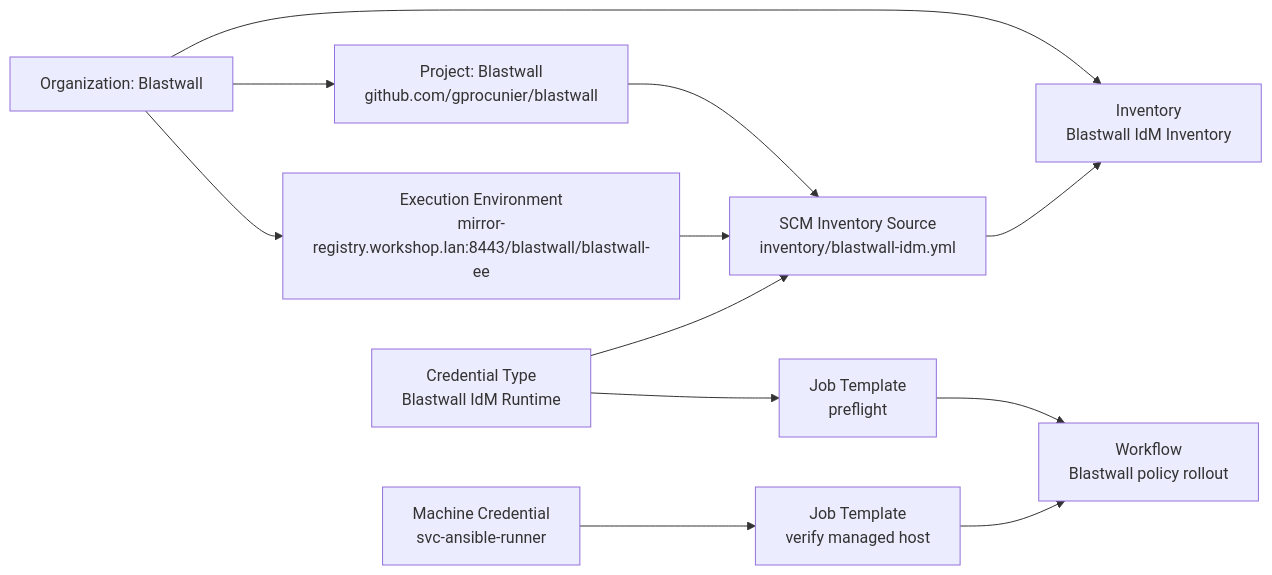
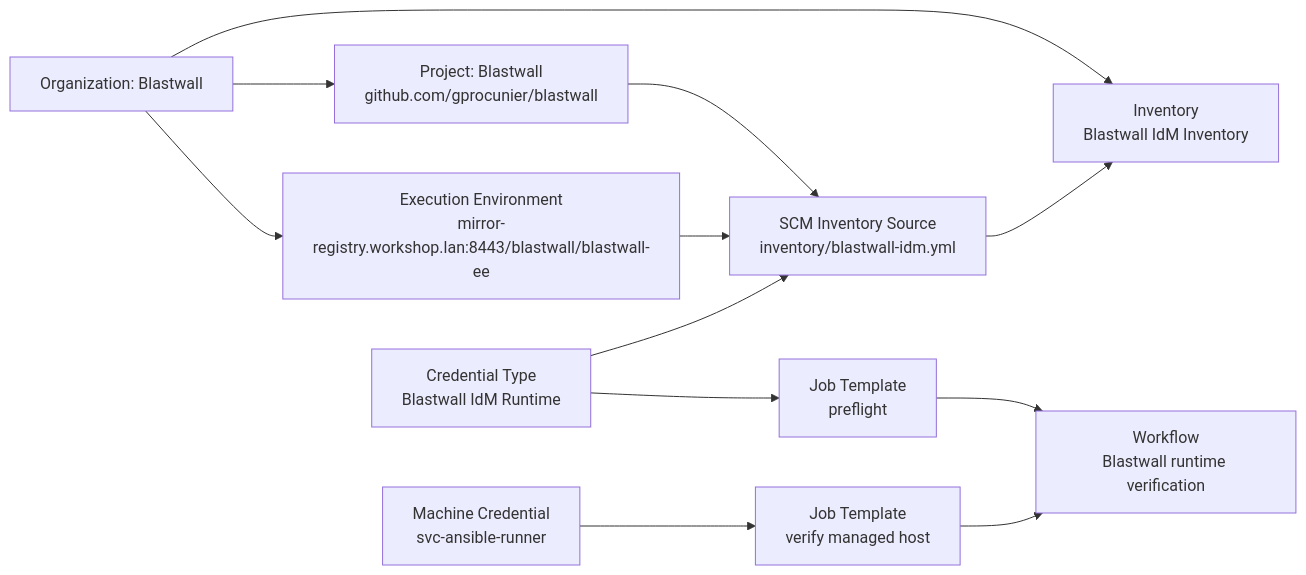
One commit to gprocunier/blastwall changed the diagram in docs/assets/diagrams/aap-object-flow.mmd. Above: the diagram before and after it, drawn with Mermaid. The commit also changed 72 other files, not shown here.

```diff
--- a/docs/assets/diagrams/aap-object-flow.mmd
+++ b/docs/assets/diagrams/aap-object-flow.mmd
@@ -1,23 +1,23 @@
 flowchart LR
   org["Organization: Blastwall"]
   project["Project: Blastwall<br/>github.com/gprocunier/blastwall"]
   ee["Execution Environment<br/>mirror-registry.workshop.lan:8443/blastwall/blastwall-ee"]
   inventory["Inventory<br/>Blastwall IdM Inventory"]
   source["SCM Inventory Source<br/>inventory/blastwall-idm.yml"]
   idmcred["Credential Type<br/>Blastwall IdM Runtime"]
   machine["Machine Credential<br/>svc-ansible-runner"]
   preflight["Job Template<br/>preflight"]
   verify["Job Template<br/>verify managed host"]
-  workflow["Workflow<br/>Blastwall policy rollout"]
+  workflow["Workflow<br/>Blastwall runtime verification"]
 
   org --> project
   org --> ee
   org --> inventory
   project --> source
   ee --> source
   source --> inventory
   idmcred --> source
   idmcred --> preflight
   machine --> verify
   preflight --> workflow
   verify --> workflow
```
